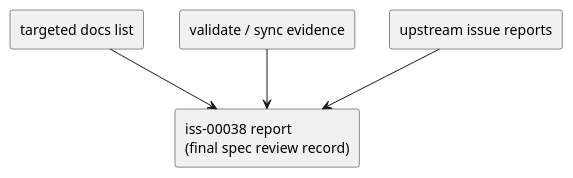
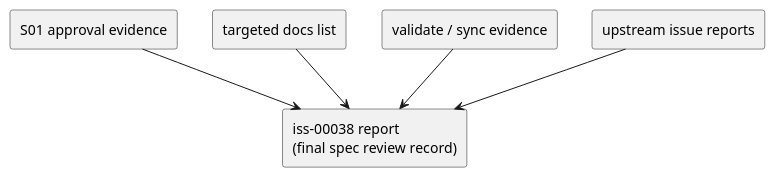
One commit to chemitaro/spec-dock changed the diagram in spec-dock/initiatives/init-local-00003-architecture-maintenance-and-hardening/epics/epic-00033-github-backed-identity-and-adr-mirror-workflow/issues/iss-00038-docs-dogfooding-parity-and-final-regression-gate/design.md. Above: the diagram before and after it, drawn with PlantUML. The commit also changed other lines of this file and 3 other files, not shown here.

````diff
--- a/spec-dock/initiatives/init-local-00003-architecture-maintenance-and-hardening/epics/epic-00033-github-backed-identity-and-adr-mirror-workflow/issues/iss-00038-docs-dogfooding-parity-and-final-regression-gate/design.md
+++ b/spec-dock/initiatives/init-local-00003-architecture-maintenance-and-hardening/epics/epic-00033-github-backed-identity-and-adr-mirror-workflow/issues/iss-00038-docs-dogfooding-parity-and-final-regression-gate/design.md
@@ -118,14 +140,16 @@
 ```plantuml
 @startuml
 skinparam monochrome true
 
+rectangle "S01 approval evidence" as s01
 rectangle "targeted docs list" as docs
 rectangle "validate / sync evidence" as commands
 rectangle "upstream issue reports" as upstream
 rectangle "iss-00038 report\n(final spec review record)" as record
 
+s01 --> record
 docs --> record
 commands --> record
 upstream --> record
 @enduml
 ```
````
